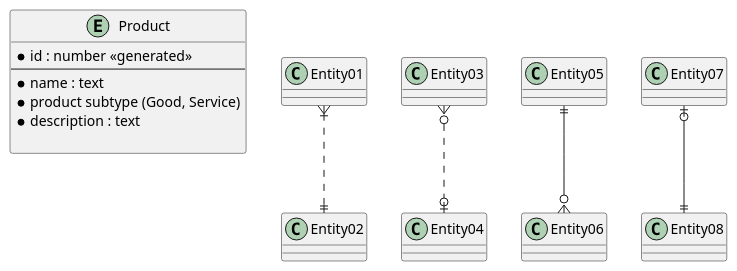
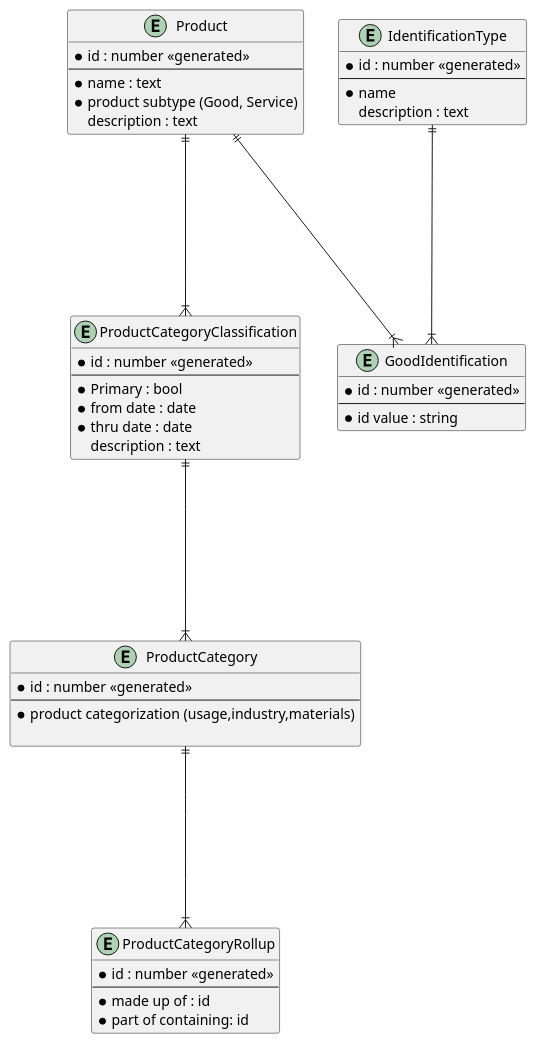
One commit to softrebel/lite-wms changed the diagram in docs/products.md. Above: the diagram before and after it, drawn with PlantUML.

Commit message:
Update products.md
add product category and identification

````diff
--- a/docs/products.md
+++ b/docs/products.md
@@ -16,20 +16,59 @@
 ```plantuml
 @startuml
 entity Product {
     * id : number <<generated>>
     --
     * name : text
     * product subtype (Good, Service)
-    * description : text
+    description : text
+}
 
+
+entity ProductCategoryClassification {
+    * id : number <<generated>>
+    --
+    * Primary : bool
+    * from date : date
+    * thru date : date
+    description : text
+}
+
+entity ProductCategory {
+    * id : number <<generated>>
+    --
+    * product categorization (usage,industry,materials)
+
+}
+
+entity ProductCategoryRollup {
+    * id : number <<generated>>
+    --
+    * made up of : id
+    * part of containing: id 
 }
 
 
 
-Entity01 }|..|| Entity02
-Entity03 }o..o| Entity04
-Entity05 ||--o{ Entity06
-Entity07 |o--|| Entity08
+Product ||----|{ ProductCategoryClassification
+ProductCategoryClassification ||----|{ ProductCategory
+ProductCategory ||----|{ ProductCategoryRollup
+
+
+entity GoodIdentification {
+    * id : number <<generated>>
+    --
+    * id value : string
+}
+entity IdentificationType {
+    * id : number <<generated>>
+    --
+    * name
+    description : text
+}
+
+Product ||----|{ GoodIdentification
+IdentificationType ||----|{ GoodIdentification
+
 @enduml
 
 ```
````
